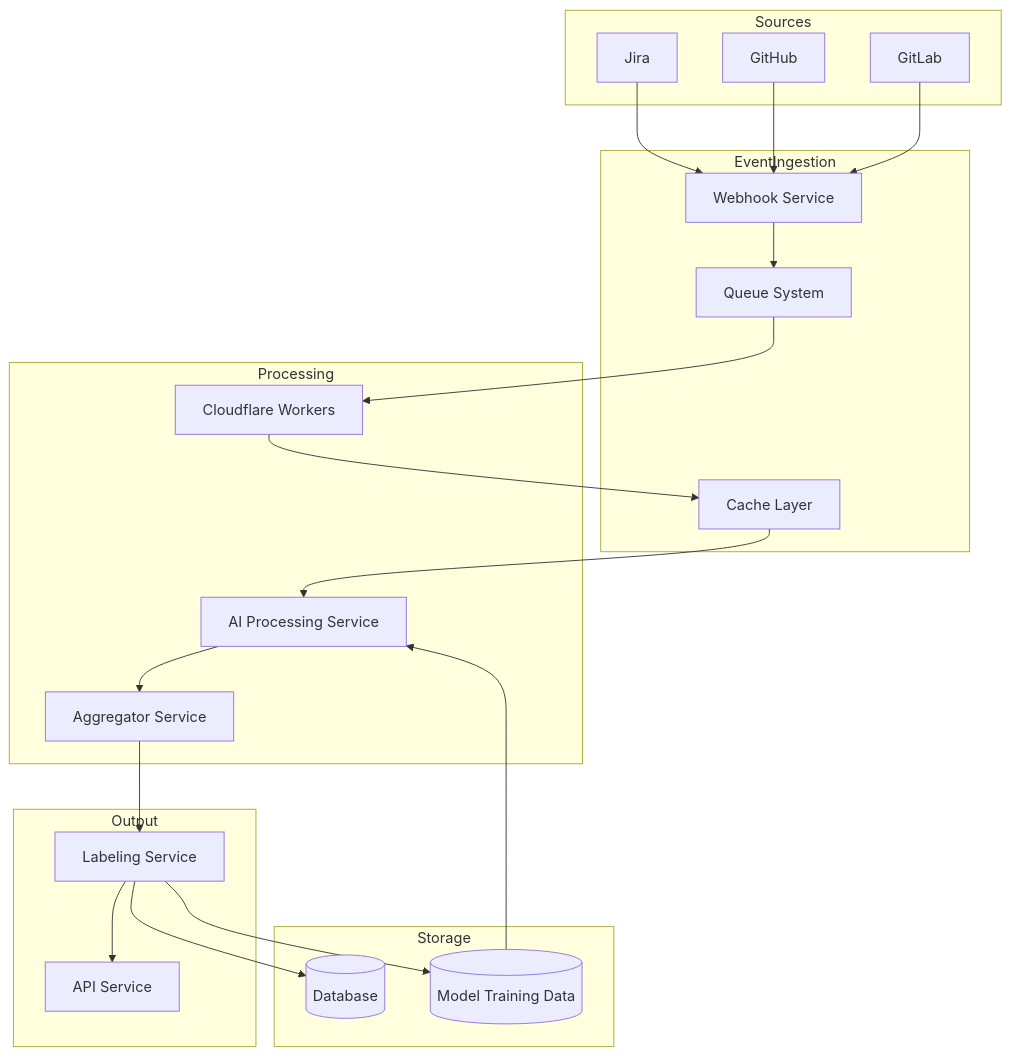
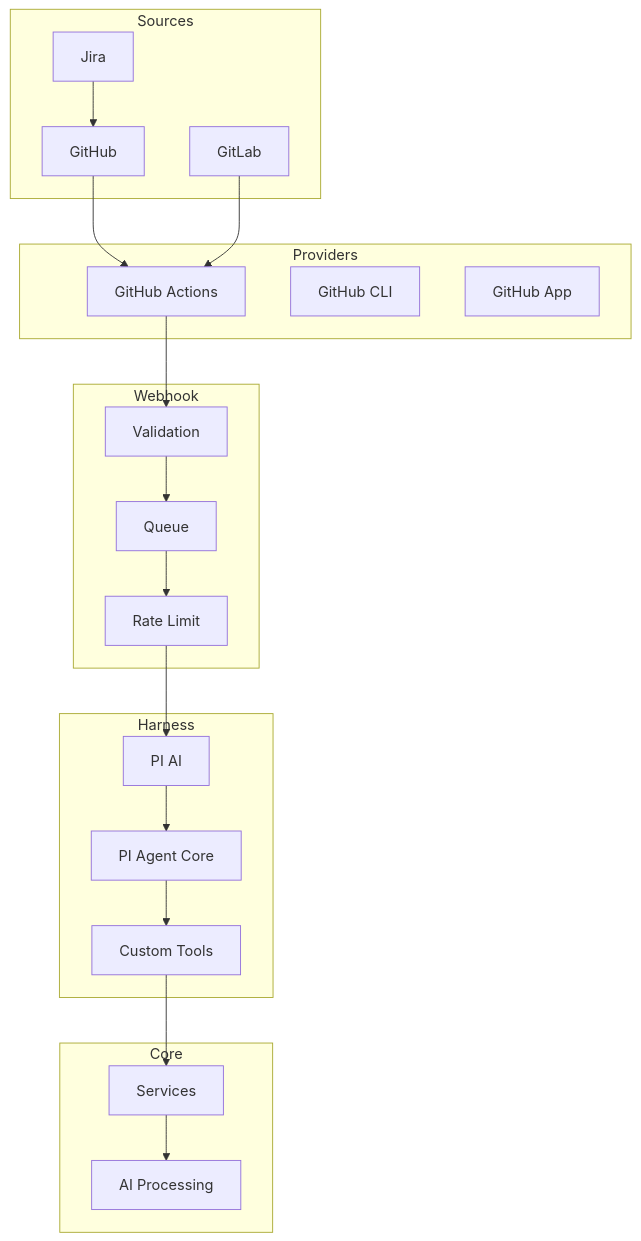
One commit to rjoydip/labelit.ai changed the diagram in README.md. Above: the diagram before and after it, drawn with Mermaid. The commit also changed other lines of this file and 74 other files, not shown here.

````diff
--- a/README.md
+++ b/README.md
@@ -15,44 +15,43 @@
 ```mermaid
 flowchart TD
     subgraph Sources
         BB[Jira]
         GH[GitHub]
         GL[GitLab]
     end
 
-    subgraph EventIngestion
-        WH[Webhook Service]
-        Q[Queue System]
-        C[Cache Layer]
+    subgraph Providers
+        GHA[GitHub Actions]
+        GHC[GitHub CLI]
+        GHA2[GitHub App]
     end
 
-    subgraph Processing
-        CF[Cloudflare Workers]
-        AI[AI Processing Service]
-        AGG[Aggregator Service]
+    subgraph Harness
+        PIA[PI AI]
+        PIC[PI Agent Core]
+        TOLS[Custom Tools]
     end
 
-    subgraph Storage
-        DB[(Database)]
-        ML[(Model Training Data)]
+    subgraph Webhook
+        VAL[Validation]
+        QUE[Queue]
+        RAT[Rate Limit]
     end
 
-    subgraph Output
-        LAB[Labeling Service]
-        API[API Service]
+    subgraph Core
+        SVC[Services]
+        AI[AI Processing]
     end
 
-    BB --> WH
-    GH --> WH
-    GL --> WH
-    WH --> Q
-    Q --> CF
-    CF --> C
-    C --> AI
-    AI --> AGG
-    AGG --> LAB
-    LAB --> DB
-    LAB --> ML
-    LAB --> API
-    ML --> AI
+    BB --> GH
+    GH --> GHA
+    GL --> GHA
+    GHA --> VAL
+    VAL --> QUE
+    QUE --> RAT
+    RAT --> PIA
+    PIA --> PIC
+    PIC --> TOLS
+    TOLS --> SVC
+    SVC --> AI
 ```
````
